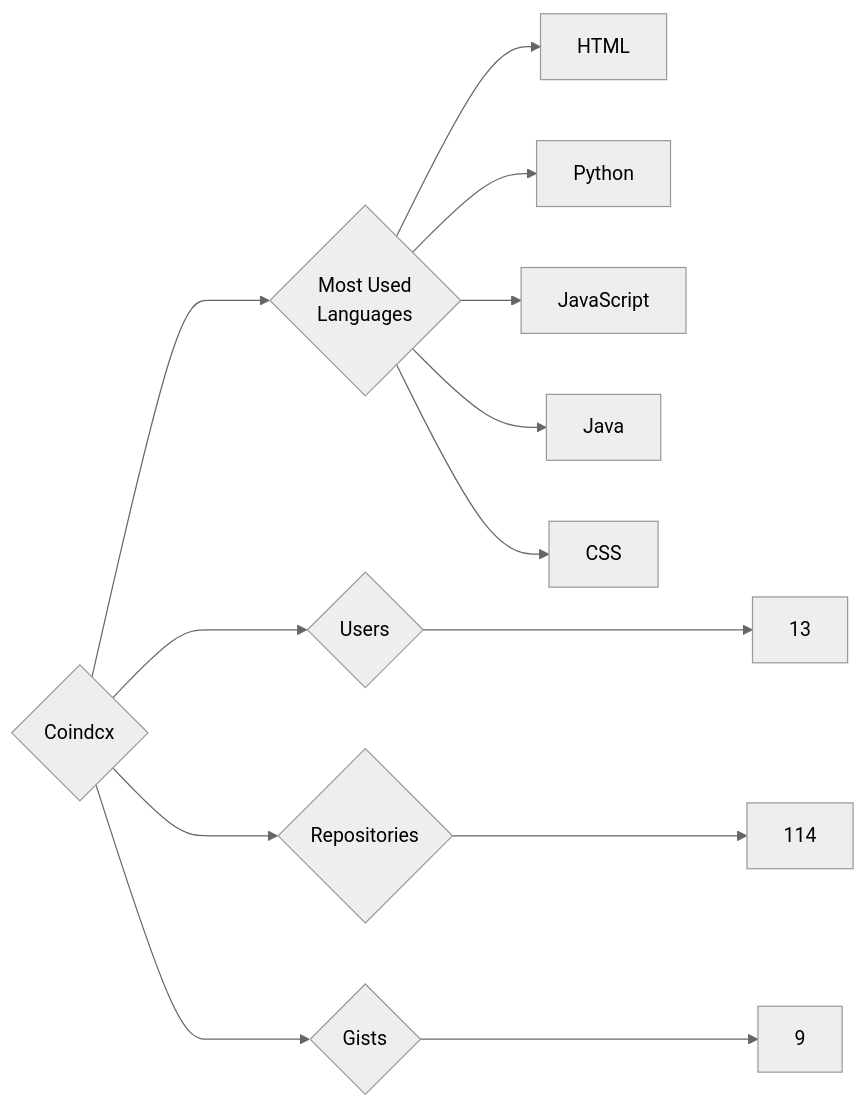
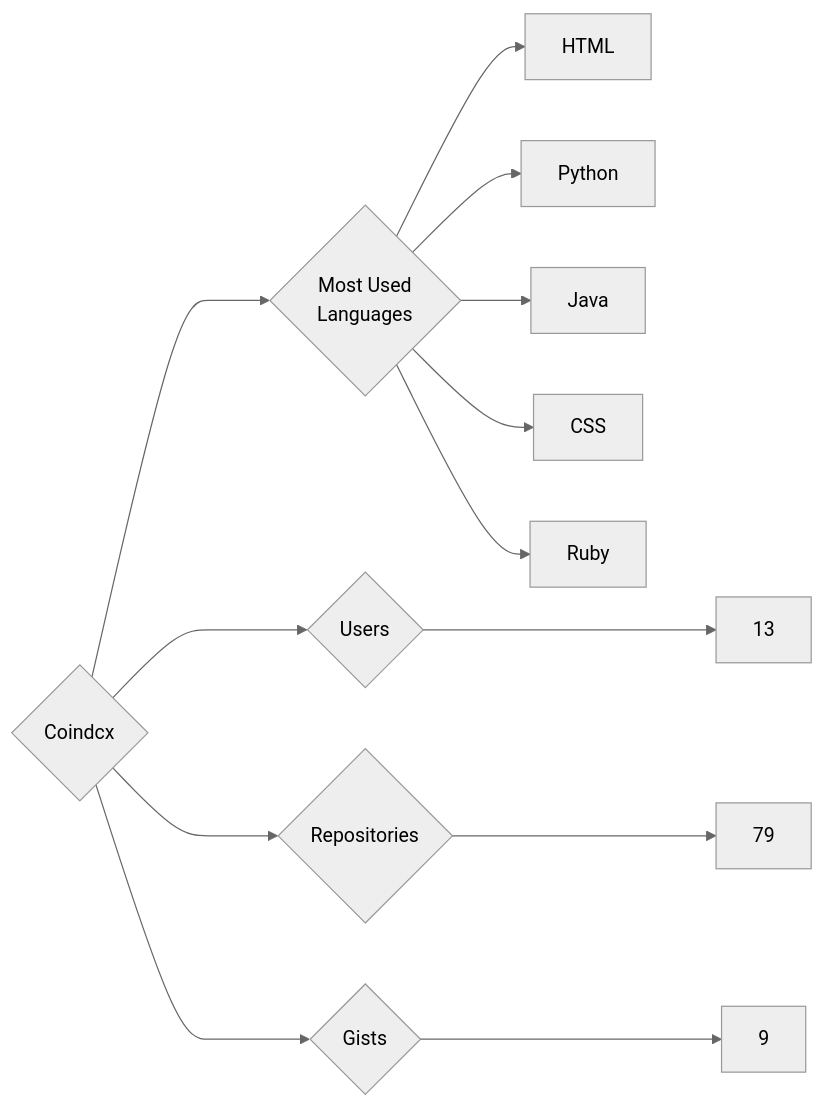
One commit to trickest/insiders changed the diagram in targets/Coindcx/README.md. Above: the diagram before and after it, drawn with Mermaid (neutral theme). The commit also changed 1148 other files, not shown here.

````diff
--- a/targets/Coindcx/README.md
+++ b/targets/Coindcx/README.md
@@ -3,13 +3,13 @@
 ```mermaid
 graph LR
 COMPANY_NAME{Coindcx}
 COMPANY_NAME ---> U{Users} ---> UN[13]
-COMPANY_NAME ---> R{Repositories} ---> RN[114]
+COMPANY_NAME ---> R{Repositories} ---> RN[79]
 COMPANY_NAME ---> G{Gists} ---> GN[9]
 COMPANY_NAME ---> ML{Most Used<br>Languages}
 ML --> HTML[HTML]
 ML --> Python[Python]
-ML --> JavaScript[JavaScript]
 ML --> Java[Java]
 ML --> CSS[CSS]
+ML --> Ruby[Ruby]
 ```
````
